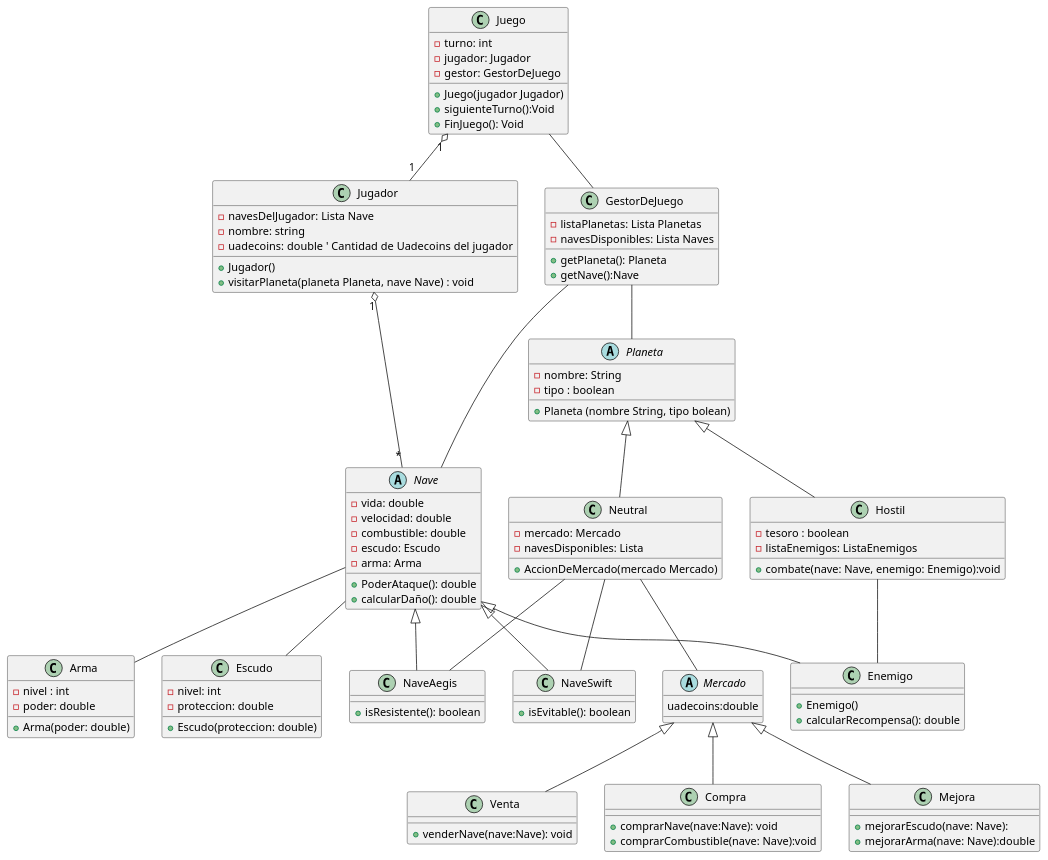
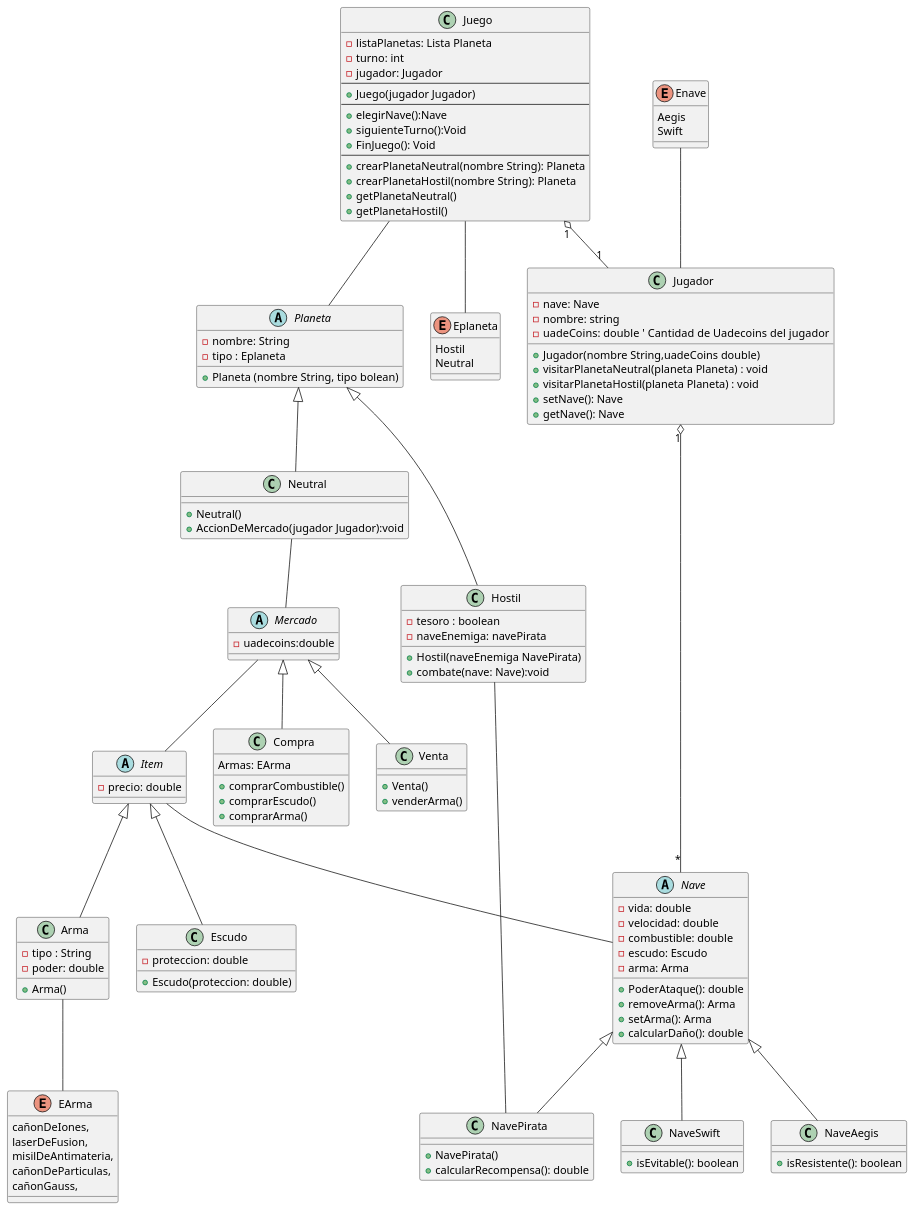
One commit to ianlio-git/LostGalaxy changed the diagram in src/TPO_classDiagram/TPO_ClassDiagram.puml. Above: the diagram before and after it, drawn with PlantUML.

Commit message:
nuevo diagrama

```diff
--- a/src/TPO_classDiagram/TPO_ClassDiagram.puml
+++ b/src/TPO_classDiagram/TPO_ClassDiagram.puml
@@ -3,123 +3,142 @@
 @startuml
 
 'class Juego
-Juego -- GestorDeJuego
+Juego -- Planeta
 Juego "1" o-- "1" Jugador
 
 Jugador "1" o-- "*" Nave
-GestorDeJuego -- Planeta
-GestorDeJuego -- Nave
-
-class GestorDeJuego{
-- listaPlanetas: Lista Planetas
-- navesDisponibles: Lista Naves
-+ getPlaneta(): Planeta
-+ getNave():Nave
+enum Enave{
+    Aegis
+    Swift
+}
+Juego -- Eplaneta
+enum Eplaneta{
+    Hostil
+    Neutral
+}
+Arma -- EArma
+enum EArma{
+   cañonDeIones,
+   laserDeFusion,
+   misilDeAntimateria,
+   cañonDeParticulas,
+   cañonGauss,
 }
 class Juego {
+    - listaPlanetas: Lista Planeta
     - turno: int
     - jugador: Jugador
-    - gestor: GestorDeJuego
+    --
     + Juego(jugador Jugador)
+    --
+    + elegirNave():Nave
     + siguienteTurno():Void
     + FinJuego(): Void
+    --
+    + crearPlanetaNeutral(nombre String): Planeta
+    + crearPlanetaHostil(nombre String): Planeta
+    + getPlanetaNeutral()
+    + getPlanetaHostil()
 }
-
+Enave -- Jugador
 'class Jugador
 class Jugador {
-    - navesDelJugador: Lista Nave
+    - nave: Nave
     - nombre: string
-    - uadecoins: double  ' Cantidad de Uadecoins del jugador
-    + Jugador()
-    + visitarPlaneta(planeta Planeta, nave Nave) : void
+    - uadeCoins: double  ' Cantidad de Uadecoins del jugador
+
+    + Jugador(nombre String,uadeCoins double)
+    + visitarPlanetaNeutral(planeta Planeta) : void
+    + visitarPlanetaHostil(planeta Planeta) : void
+    + setNave(): Nave
+    + getNave(): Nave
 }
 
 'class Nave
-
-Nave -- Arma
-Nave -- Escudo
 
 abstract class Nave {
     - vida: double
     - velocidad: double
     - combustible: double
     - escudo: Escudo
     - arma: Arma
-
     + PoderAtaque(): double
+    + removeArma(): Arma
+    + setArma(): Arma
     + calcularDaño(): double
 }
+Item -- Nave
+abstract class Item{
+- precio: double
+
+}
 'class Arma
-class Arma {
-    - nivel : int
+class Arma extends Item{
+    - tipo : String
     - poder: double
-    + Arma(poder: double)
+    + Arma()
 
 }
 
 'class Escudo
-class Escudo {
-    - nivel: int
+class Escudo extends Item {
     - proteccion: double
     + Escudo(proteccion: double)
 }
 ' Clase para Nave Aegis
 class NaveAegis extends Nave{
     + isResistente(): boolean
 }
 
 ' Clase para Nave Swift
 class NaveSwift extends Nave {
     + isEvitable(): boolean
 }
 'class Enemigo
-class Enemigo extends Nave {
+class NavePirata extends Nave {
 
-    + Enemigo()
+    + NavePirata()
     + calcularRecompensa(): double
 }
 
 'class Planeta
 
-Hostil -- Enemigo
-Neutral -- NaveAegis
-Neutral -- NaveSwift
+Hostil -- NavePirata
 Neutral -- Mercado
 
 abstract class Planeta {
     - nombre: String
-    - tipo : boolean
+    - tipo : Eplaneta
     + Planeta (nombre String, tipo bolean)
 }
 
 'class Mercado
 class Neutral extends Planeta{
-    - mercado: Mercado
-    - navesDisponibles: Lista
-    + AccionDeMercado(mercado Mercado)
+    + Neutral()
+    + AccionDeMercado(jugador Jugador):void
 }
+Mercado -- Item
 Abstract class Mercado {
-    uadecoins:double
-
+    -uadecoins:double
 }
 class Venta extends Mercado{
-    + venderNave(nave:Nave): void
+    + Venta()
+    + venderArma()
 }
 class Compra extends Mercado{
-    + comprarNave(nave:Nave): void
-    +  comprarCombustible(nave: Nave):void
-}
-class Mejora extends Mercado{
-    + mejorarEscudo(nave: Nave):
-    + mejorarArma(nave: Nave):double
+    Armas: EArma
+    + comprarCombustible()
+    + comprarEscudo()
+    + comprarArma()
 }
 
 ' Subclase de Planeta: Hostil
 class Hostil extends Planeta{
     - tesoro : boolean
-    - listaEnemigos: ListaEnemigos
-    + combate(nave: Nave, enemigo: Enemigo):void
+    - naveEnemiga: navePirata
+    + Hostil(naveEnemiga NavePirata)
+    + combate(nave: Nave):void
 }
 
 
 @enduml
```
